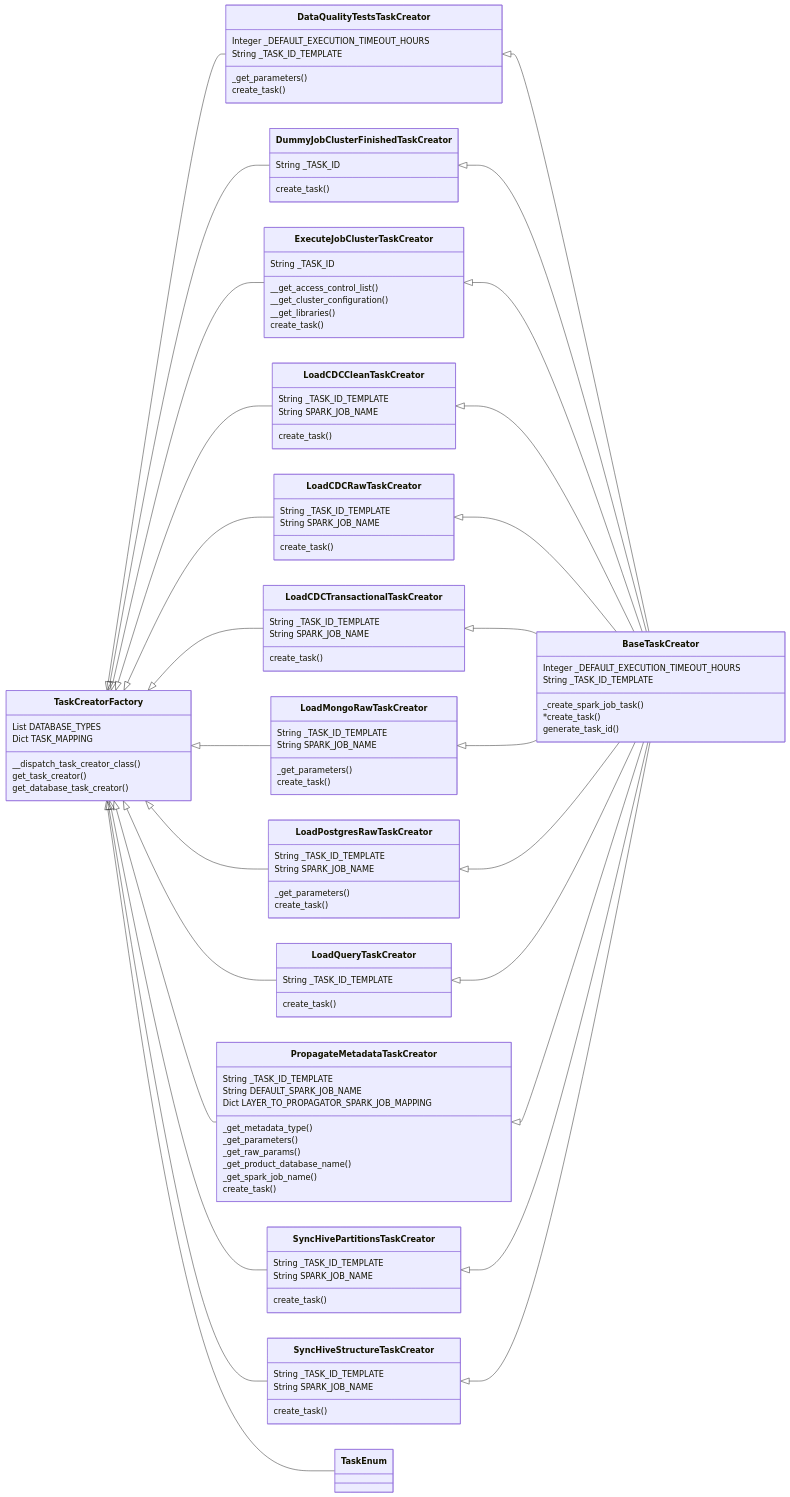
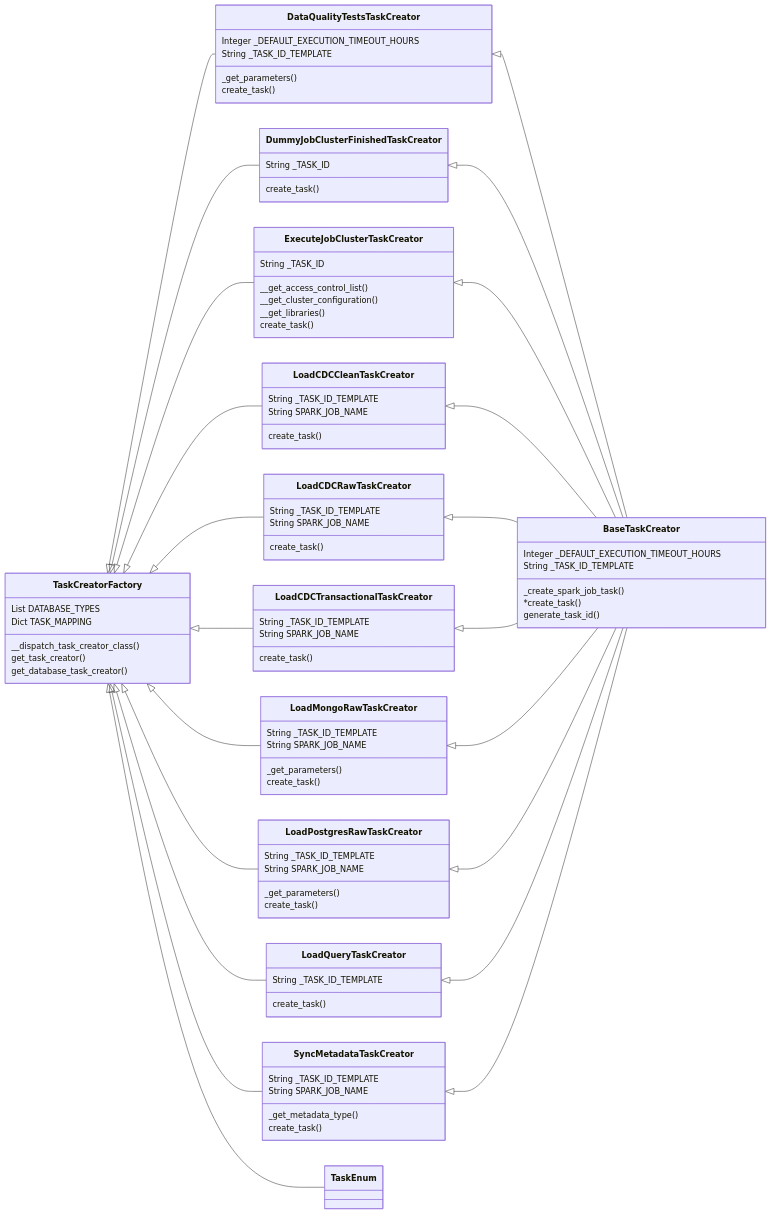
The diagram in bietlejuice/base/airflow/dag_builders/README.md (joseotaviorf/oh-my-pi), drawn with Mermaid before and after one commit. The commit also changed 32 other files, not shown here.

```diff
--- a/bietlejuice/base/airflow/dag_builders/README.md
+++ b/bietlejuice/base/airflow/dag_builders/README.md
@@ -39,9 +39,7 @@
       LoadMongoRawTaskCreator <|-- BaseTaskCreator
       LoadPostgresRawTaskCreator <|-- BaseTaskCreator
       LoadQueryTaskCreator <|-- BaseTaskCreator
-      PropagateMetadataTaskCreator <|-- BaseTaskCreator
-      SyncHivePartitionsTaskCreator <|-- BaseTaskCreator
-      SyncHiveStructureTaskCreator <|-- BaseTaskCreator
+      SyncMetadataTaskCreator <|-- BaseTaskCreator
       TaskCreatorFactory <|-- DataQualityTestsTaskCreator
       TaskCreatorFactory <|-- DummyJobClusterFinishedTaskCreator
       TaskCreatorFactory <|-- ExecuteJobClusterTaskCreator
@@ -51,9 +49,7 @@
       TaskCreatorFactory <|-- LoadMongoRawTaskCreator
       TaskCreatorFactory <|-- LoadPostgresRawTaskCreator
       TaskCreatorFactory <|-- LoadQueryTaskCreator
-      TaskCreatorFactory <|-- PropagateMetadataTaskCreator
-      TaskCreatorFactory <|-- SyncHivePartitionsTaskCreator
-      TaskCreatorFactory <|-- SyncHiveStructureTaskCreator
+      TaskCreatorFactory <|-- SyncMetadataTaskCreator
       TaskCreatorFactory <|-- TaskEnum
      class BaseTaskCreator{
          Integer _DEFAULT_EXECUTION_TIMEOUT_HOURS
@@ -110,25 +106,10 @@
          String _TASK_ID_TEMPLATE
          create_task()
       }
-     class PropagateMetadataTaskCreator{
-         String _TASK_ID_TEMPLATE
-         String DEFAULT_SPARK_JOB_NAME
-         Dict LAYER_TO_PROPAGATOR_SPARK_JOB_MAPPING
-         _get_metadata_type()
-         _get_parameters()
-         _get_raw_params()
-         _get_product_database_name()
-         _get_spark_job_name()
-         create_task()
-      }
-     class SyncHivePartitionsTaskCreator{
+     class SyncMetadataTaskCreator{
          String _TASK_ID_TEMPLATE
          String SPARK_JOB_NAME
-         create_task()
-      }
-     class SyncHiveStructureTaskCreator{
-         String _TASK_ID_TEMPLATE
-         String SPARK_JOB_NAME
+         _get_metadata_type()
          create_task()
       }
      class TaskCreatorFactory{
```
